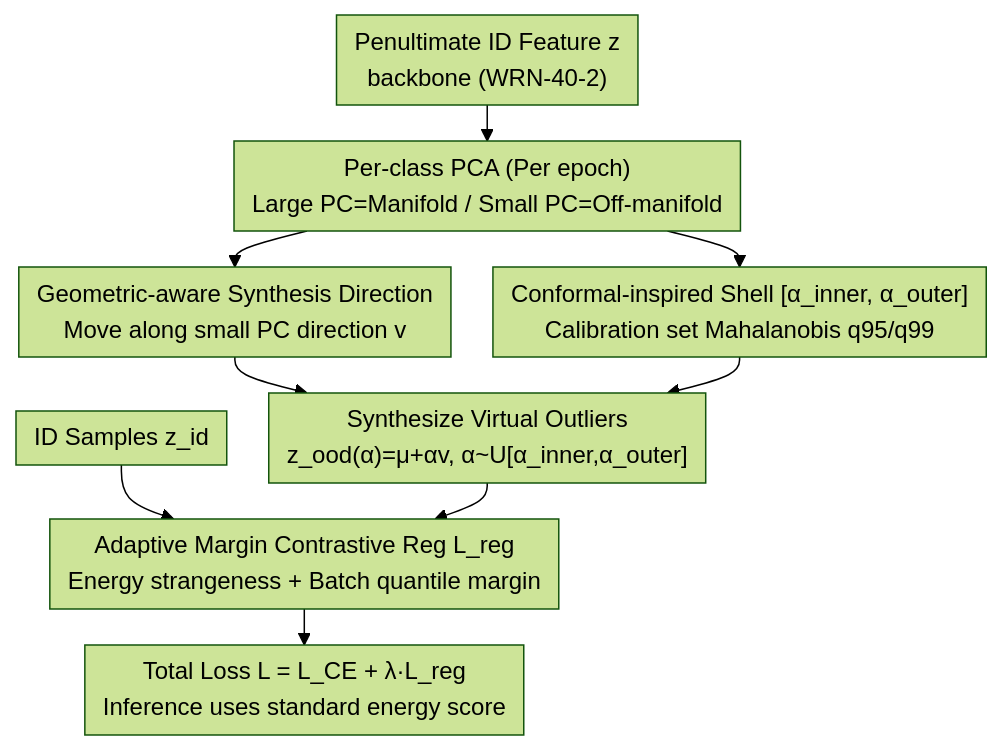
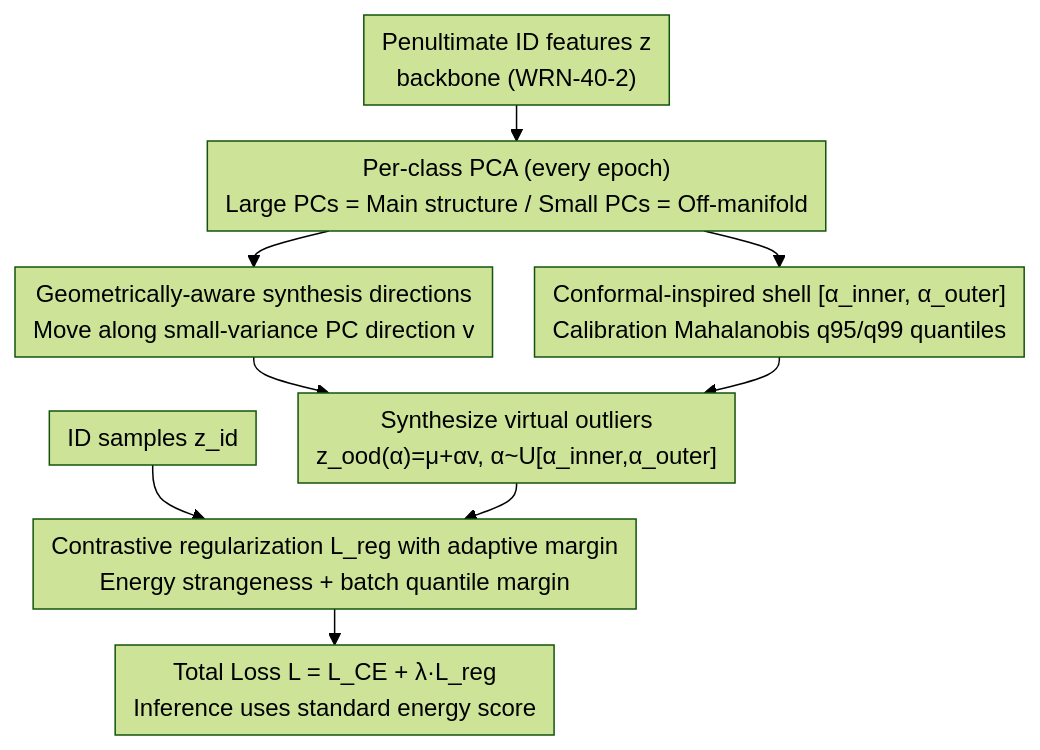
Before and after one commit to zhaoyang97/Paper-Notes-en: the diagram in docs/ICML2026/ai_safety/geometrically_constrained_outlier_synthesis.md, drawn with Mermaid (forest theme). The commit also changed other lines of this file and 5084 other files, not shown here.

````diff
--- a/docs/ICML2026/ai_safety/geometrically_constrained_outlier_synthesis.md
+++ b/docs/ICML2026/ai_safety/geometrically_constrained_outlier_synthesis.md
@@ -43,12 +42,12 @@
 ```mermaid
 %%{init: {'flowchart': {'rankSpacing': 24, 'nodeSpacing': 28, 'padding': 6, 'wrappingWidth': 400}}}%%
 flowchart TD
-    A["Penultimate ID Feature z<br/>backbone (WRN-40-2)"] --> B["Per-class PCA (Per epoch)<br/>Large PC=Manifold / Small PC=Off-manifold"]
-    B --> C["Geometric-aware Synthesis Direction<br/>Move along small PC direction v"]
-    B --> D["Conformal-inspired Shell [α_inner, α_outer]<br/>Calibration set Mahalanobis q95/q99"]
-    C --> E["Synthesize Virtual Outliers<br/>z_ood(α)=μ+αv, α~U[α_inner,α_outer]"]
+    A["Penultimate ID features z<br/>backbone (WRN-40-2)"] --> B["Per-class PCA (every epoch)<br/>Large PCs = Main structure / Small PCs = Off-manifold"]
+    B --> C["Geometrically-aware synthesis directions<br/>Move along small-variance PC direction v"]
+    B --> D["Conformal-inspired shell [α_inner, α_outer]<br/>Calibration Mahalanobis q95/q99 quantiles"]
+    C --> E["Synthesize virtual outliers<br/>z_ood(α)=μ+αv, α~U[α_inner,α_outer]"]
     D --> E
-    G["ID Samples z_id"] --> F["Adaptive Margin Contrastive Reg L_reg<br/>Energy strangeness + Batch quantile margin"]
+    G["ID samples z_id"] --> F["Contrastive regularization L_reg with adaptive margin<br/>Energy strangeness + batch quantile margin"]
     E --> F
     F --> H["Total Loss L = L_CE + λ·L_reg<br/>Inference uses standard energy score"]
 ```
````
